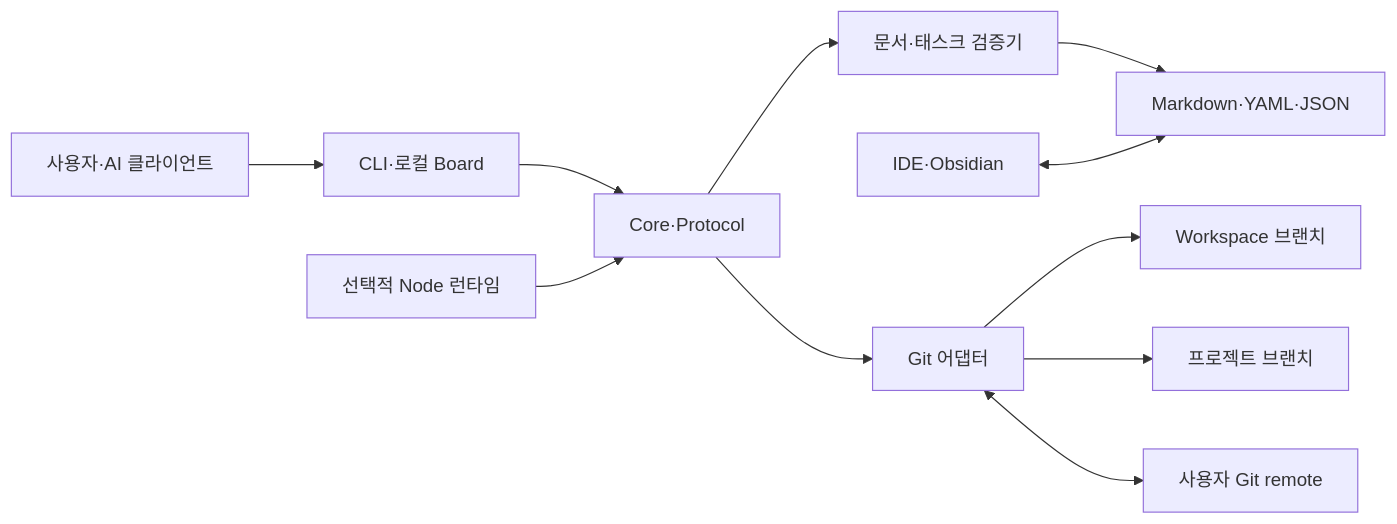
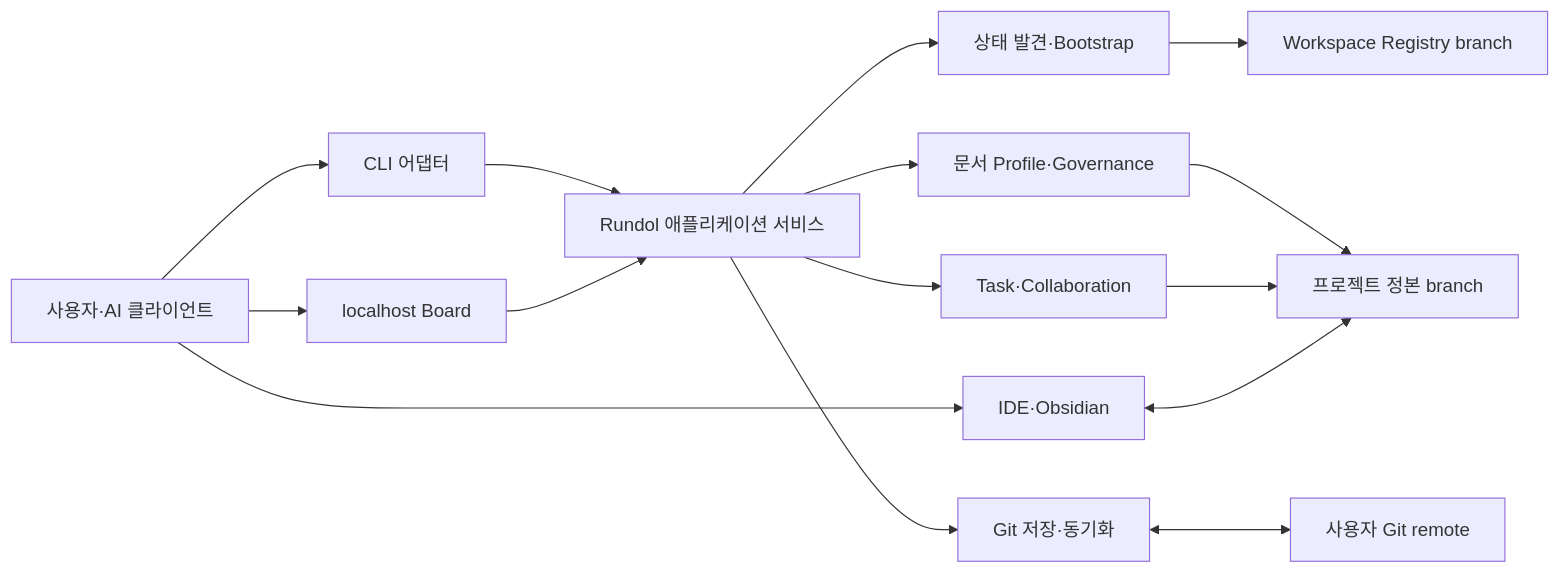
The diagram in docs/ARC-001-런돌-시스템-아키텍처.md (runtime-co-kr/rundol), drawn with Mermaid before and after one commit. The commit also changed other lines of this file and 6 other files, not shown here.

````diff
--- a/docs/ARC-001-런돌-시스템-아키텍처.md
+++ b/docs/ARC-001-런돌-시스템-아키텍처.md
@@ -28,13 +40,17 @@
 ```mermaid
 flowchart LR
-    U["사용자·AI 클라이언트"] --> I["CLI·로컬 Board"]
-    I --> C["Core·Protocol"]
-    C --> V["문서·태스크 검증기"]
-    C --> G["Git 어댑터"]
-    V --> F["Markdown·YAML·JSON"]
-    G --> W["Workspace 브랜치"]
-    G --> P["프로젝트 브랜치"]
-    G <--> R["사용자 Git remote"]
-    B["IDE·Obsidian"] <--> F
-    N["선택적 Node 런타임"] --> C
+    A["사용자·AI 클라이언트"] --> CLI["CLI 어댑터"]
+    A --> BOARD["localhost Board"]
+    A --> EDITOR["IDE·Obsidian"]
+    CLI --> APP["Rundol 애플리케이션 서비스"]
+    BOARD --> APP
+    APP --> DISCOVERY["상태 발견·Bootstrap"]
+    APP --> POLICY["문서 Profile·Governance"]
+    APP --> TASK["Task·Collaboration"]
+    APP --> SYNC["Git 저장·동기화"]
+    POLICY --> PROJECT["프로젝트 정본 branch"]
+    TASK --> PROJECT
+    DISCOVERY --> WORKSPACE["Workspace Registry branch"]
+    SYNC <--> REMOTE["사용자 Git remote"]
+    EDITOR <--> PROJECT
 ```
````
